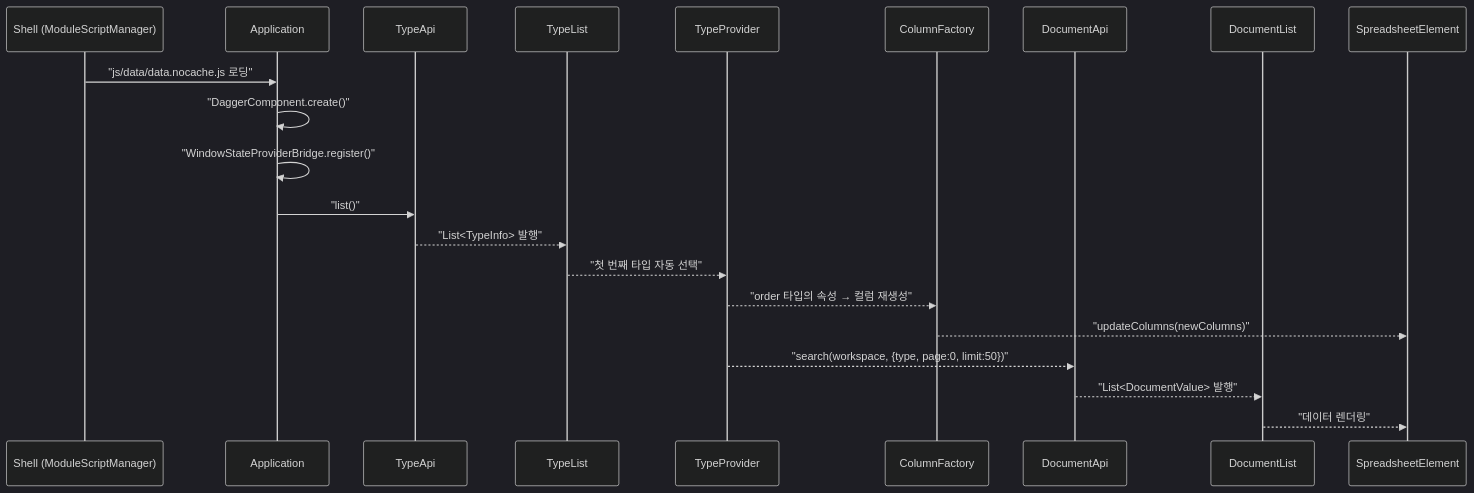
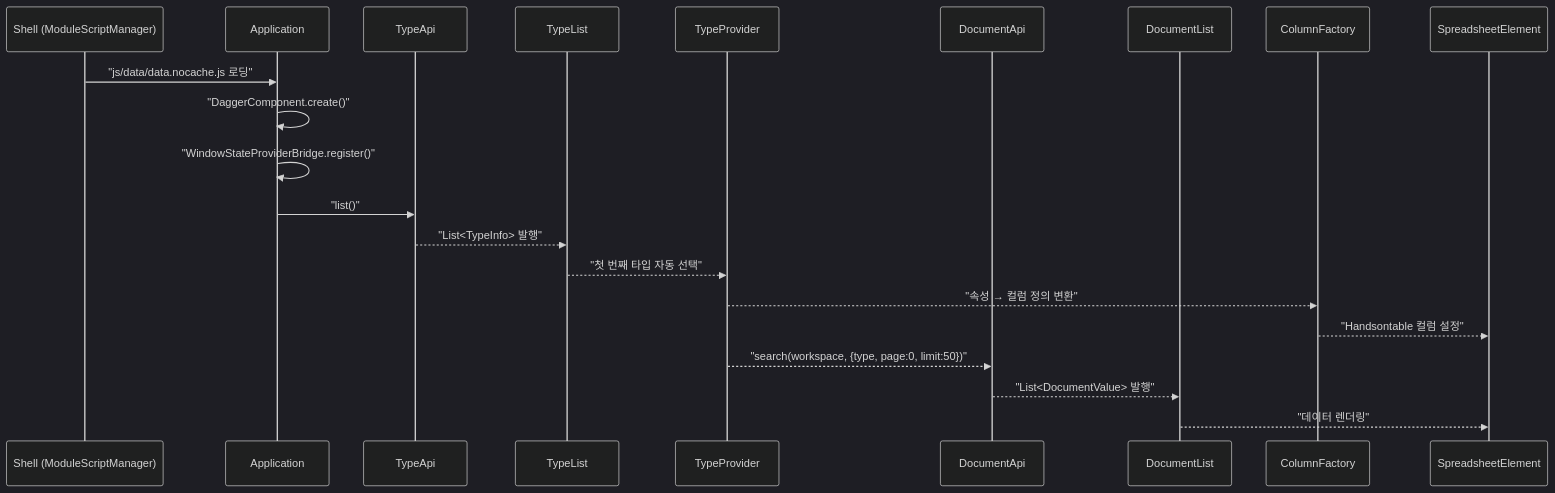
One commit to sayaya1090/handbook changed the first of 9 diagrams in document-ui/USECASE.md. Above: the diagram before and after it, drawn with Mermaid (dark theme). The commit also changed other lines of this file and 2 other files, not shown here.

````diff
--- a/document-ui/USECASE.md
+++ b/document-ui/USECASE.md
@@ -5,24 +5,24 @@
 ```mermaid
 sequenceDiagram
     participant Shell as Shell (ModuleScriptManager)
     participant App as Application
     participant TA as TypeApi
     participant TL as TypeList
     participant TP as TypeProvider
-    participant CF as ColumnFactory
     participant DA as DocumentApi
     participant DL as DocumentList
+    participant CF as ColumnFactory
     participant Sheet as SpreadsheetElement
 
     Shell->>App: "js/data/data.nocache.js 로딩"
     App->>App: "DaggerComponent.create()"
     App->>App: "WindowStateProviderBridge.register()"
     App->>TA: "list()"
     TA-->>TL: "List<TypeInfo> 발행"
     TL-->>TP: "첫 번째 타입 자동 선택"
-    TP-->>CF: "order 타입의 속성 → 컬럼 재생성"
-    CF-->>Sheet: "updateColumns(newColumns)"
+    TP-->>CF: "속성 → 컬럼 정의 변환"
+    CF-->>Sheet: "Handsontable 컬럼 설정"
     TP-->>DA: "search(workspace, {type, page:0, limit:50})"
     DA-->>DL: "List<DocumentValue> 발행"
     DL-->>Sheet: "데이터 렌더링"
 ```
````
